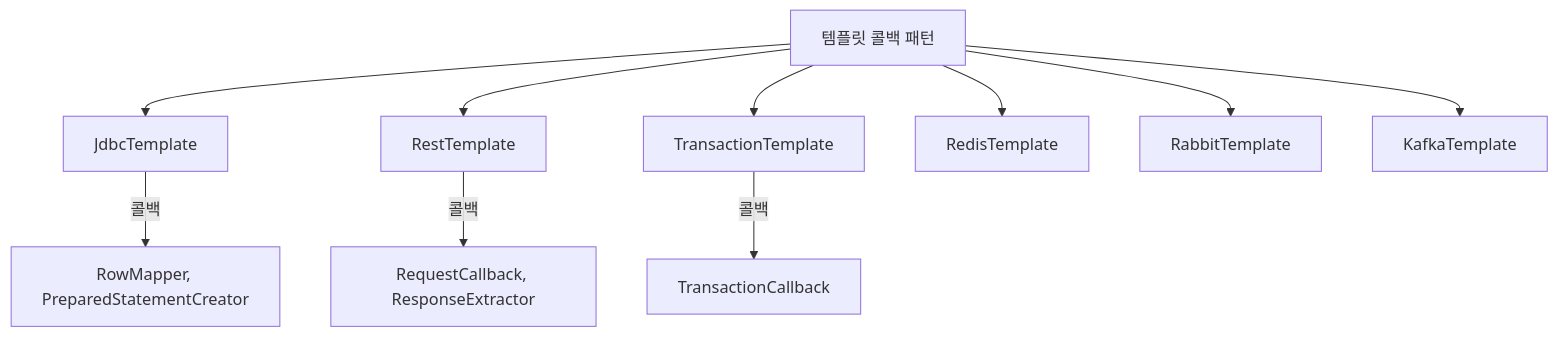
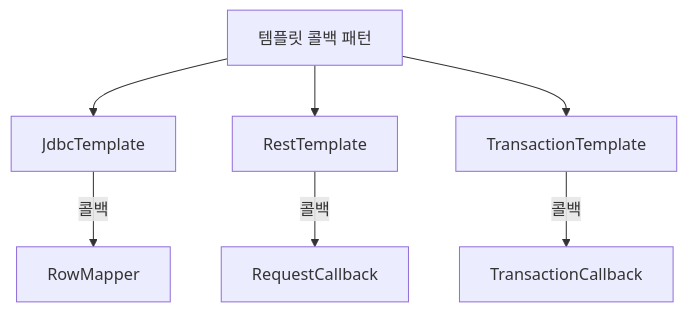
Before and after one commit to yjkim2015/yjkim2015.github.io: the seventh of 7 diagrams in _posts/spring/2026-05-02-spring6-principles.md, drawn with Mermaid. The commit also changed other lines of this file and 155 other files, not shown here.

First line of the commit message:
Mermaid 전면 수정: subgraph 제거, participant/노드/줄수 축소 (342블록)

````diff
--- a/_posts/spring/2026-05-02-spring6-principles.md
+++ b/_posts/spring/2026-05-02-spring6-principles.md
@@ -454,12 +452,9 @@
 ```mermaid
 graph TD
     A["템플릿 콜백 패턴"] --> B[JdbcTemplate]
     A --> C[RestTemplate]
     A --> D[TransactionTemplate]
-    A --> E[RedisTemplate]
-    A --> F[RabbitTemplate]
-    A --> G[KafkaTemplate]
-    B -->|"콜백"| H[RowMapper, PreparedStatementCreator]
-    C -->|"콜백"| I[RequestCallback, ResponseExtractor]
+    B -->|"콜백"| H[RowMapper]
+    C -->|"콜백"| I[RequestCallback]
     D -->|"콜백"| J[TransactionCallback]
 ```
````
